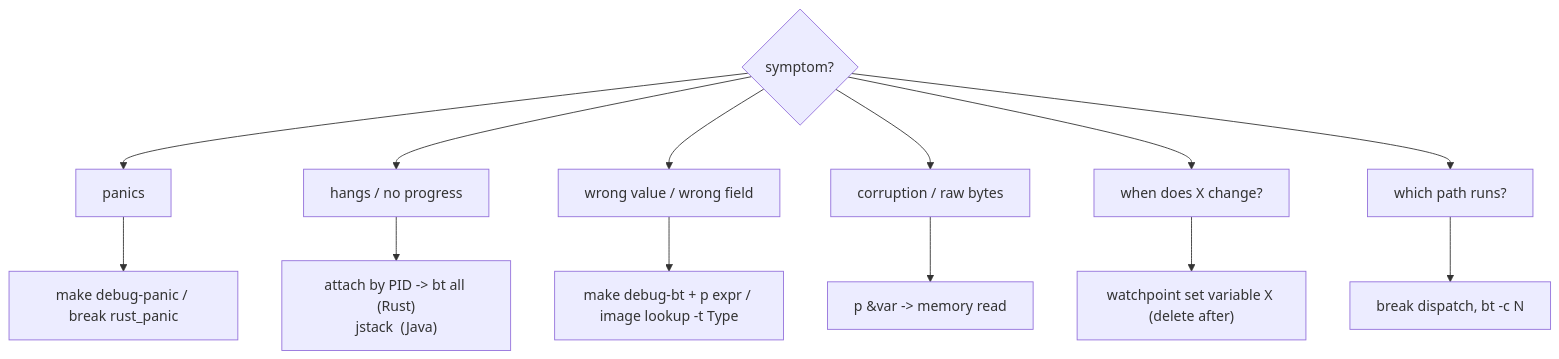
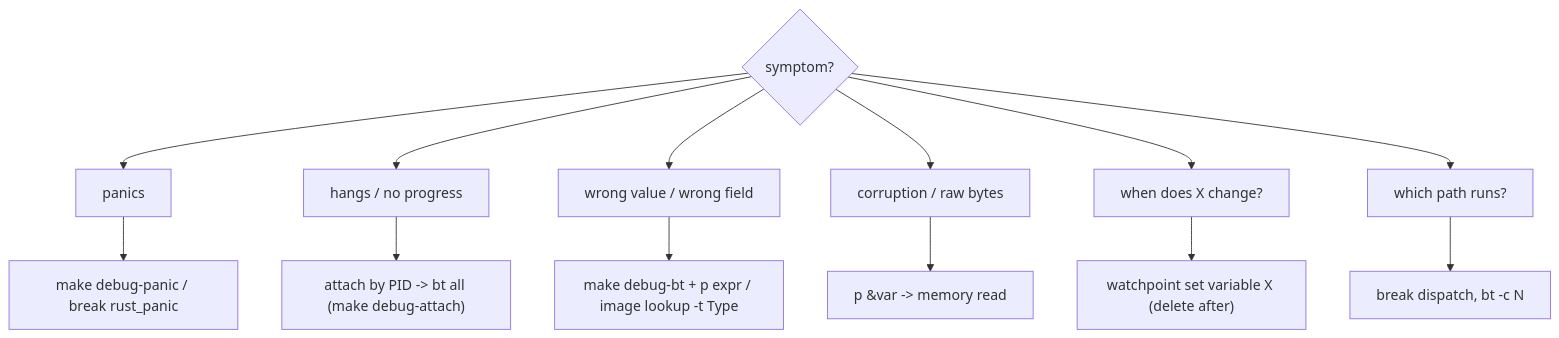
One commit to farchanjo/speak changed the diagram in scripts/debug/CLAUDE.md. Above: the diagram before and after it, drawn with Mermaid. The commit also changed other lines of this file and 1 other file, not shown here.

Commit message:
docs(debug): drop Java/JDWP references — speak is Rust-only

````diff
--- a/scripts/debug/CLAUDE.md
+++ b/scripts/debug/CLAUDE.md
@@ -246,9 +211,9 @@
 ```mermaid
 flowchart TD
   Q{symptom?} --> P[panics] --> PT["make debug-panic / break rust_panic"]
-  Q --> H[hangs / no progress] --> AT["attach by PID -> bt all (Rust)\njstack <pid> (Java)"]
+  Q --> H[hangs / no progress] --> AT["attach by PID -> bt all (make debug-attach)"]
   Q --> W[wrong value / wrong field] --> BT["make debug-bt + p expr / image lookup -t Type"]
   Q --> M[corruption / raw bytes] --> MEM["p &var -> memory read"]
   Q --> C[when does X change?] --> WP["watchpoint set variable X (delete after)"]
   Q --> S[which path runs?] --> BR["break dispatch, bt -c N"]
 ```
````
